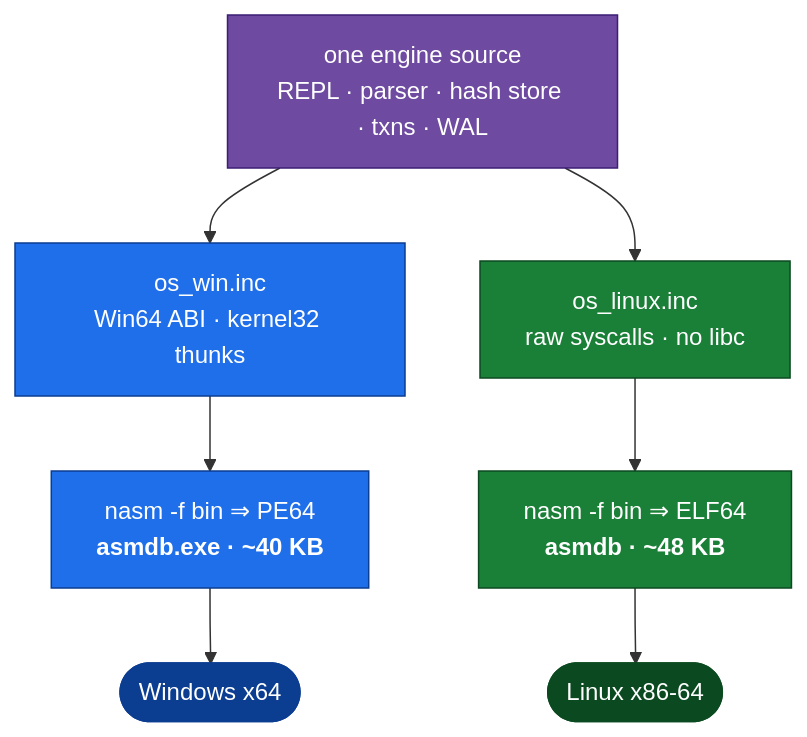
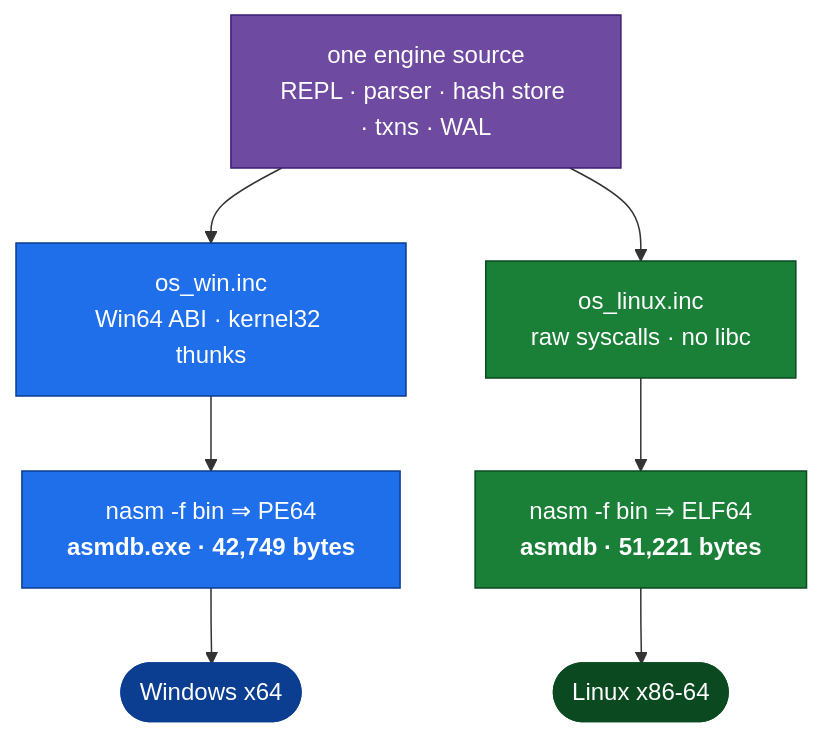
One commit to fredgis/asmDB changed the first of 2 diagrams in README.md. Above: the diagram before and after it, drawn with Mermaid. The commit also changed other lines of this file and 30 other files, not shown here.

````diff
--- a/README.md
+++ b/README.md
@@ -222,19 +223,19 @@
 ```mermaid
 flowchart TD
     SRC["one engine source<br/>REPL · parser · hash store · txns · WAL"]:::core
 
     SRC --> WIN["os_win.inc<br/>Win64 ABI · kernel32 thunks"]:::win
     SRC --> LIN["os_linux.inc<br/>raw syscalls · no libc"]:::lin
 
-    WIN --> PE["nasm -f bin ⇒ PE64<br/><b>asmdb.exe · ~40 KB</b>"]:::win
-    LIN --> ELF["nasm -f bin ⇒ ELF64<br/><b>asmdb · ~48 KB</b>"]:::lin
+    WIN --> PE["nasm -f bin ⇒ PE64<br/><b>asmdb.exe · 42,749 bytes</b>"]:::win
+    LIN --> ELF["nasm -f bin ⇒ ELF64<br/><b>asmdb · 51,221 bytes</b>"]:::lin
 
     PE --> WOS(["Windows x64"]):::winb
     ELF --> LOS(["Linux x86-64"]):::linb
 
     classDef core fill:#6e4aa0,stroke:#3b1e75,color:#fff
     classDef win  fill:#1f6feb,stroke:#0b3d91,color:#fff
     classDef lin  fill:#1a7f37,stroke:#0b4a20,color:#fff
     classDef winb fill:#0b3d91,stroke:#0b3d91,color:#fff
     classDef linb fill:#0b4a20,stroke:#0b4a20,color:#fff
 ```
````
